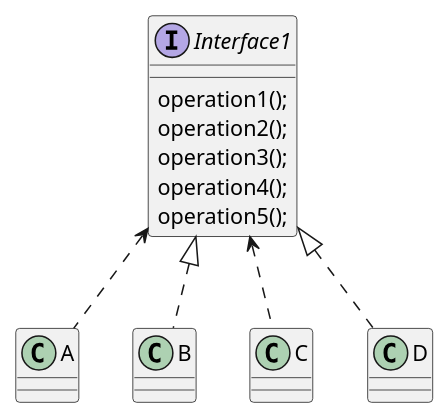
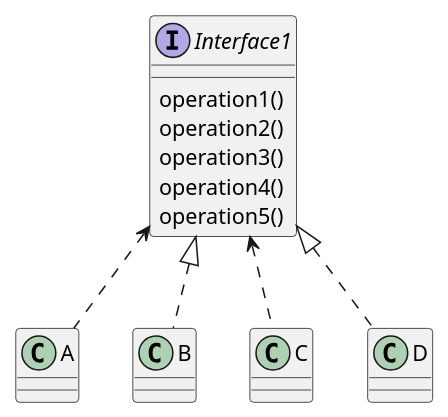
One commit to wufenghai/learn changed the diagram in learn-design-pattern/learn-design-pattern-han/src/main/java/com/example/learn/design/pattern/han/_01/七大设计原理/_02接口隔离原则/newfile.puml. Above: the diagram before and after it, drawn with PlantUML. The commit also changed 36 other files, not shown here.

Commit message:
UML 类图

```diff
--- a/learn-design-pattern/learn-design-pattern-han/src/main/java/com/example/learn/design/pattern/han/_01/七大设计原理/_02接口隔离原则/newfile.puml
+++ b/learn-design-pattern/learn-design-pattern-han/src/main/java/com/example/learn/design/pattern/han/_01/七大设计原理/_02接口隔离原则/newfile.puml
@@ -1,31 +1,31 @@
 @startuml
 'https://plantuml.com/class-diagram
 
 interface Interface1{
-    operation1();
-    operation2();
-    operation3();
-    operation4();
-    operation5();
+    operation1()
+    operation2()
+    operation3()
+    operation4()
+    operation5()
 }
 
 class A
 
 class B
 
 class C
 
 class D
 
 '类B实现Interface1接口
 Interface1<|..B
 '类D实现Interface1接口
 Interface1<|..D
 '类A依赖Interface1接口
 Interface1<..A
 '类C依赖Interface1接口
 Interface1<..C
 
 
 
 @enduml
```
